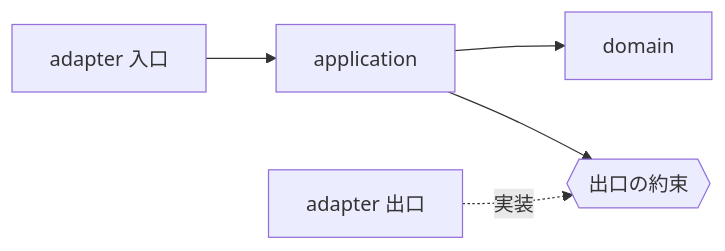
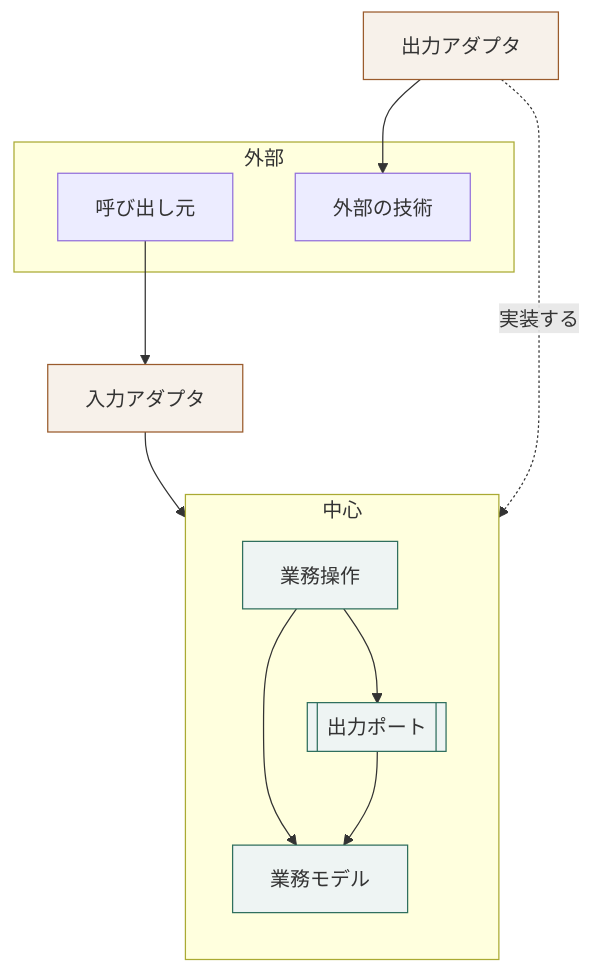
Before and after one commit to daidaiiro-519/waffle: the diagram in docs/coding-skills-draft/constraints/arch.hexagonal/layers.md, drawn with Mermaid. The commit also changed other lines of this file and 24 other files, not shown here.

````diff
--- a/docs/coding-skills-draft/constraints/arch.hexagonal/layers.md
+++ b/docs/coding-skills-draft/constraints/arch.hexagonal/layers.md
@@ -29,7 +40,28 @@
 ```mermaid
-flowchart LR
-    inbound[adapter 入口] --> app[application]
-    app --> domain[domain]
-    app --> port{{出口の約束}}
-    outbound[adapter 出口] -.実装.-> port
+flowchart TB
+    subgraph outside[外部]
+        caller[呼び出し元]
+        infra[外部の技術]
+    end
+    subgraph core[中心]
+        direction TB
+        app[業務操作]
+        model[業務モデル]
+        port[[出力ポート]]
+        app --> model
+        app --> port
+        port --> model
+    end
+    inbound[入力アダプタ]
+    outbound[出力アダプタ]
+
+    caller --> inbound
+    inbound --> app
+    outbound -. 実装する .-> port
+    outbound --> infra
+
+    classDef c fill:#eef4f3,stroke:#2f6f5e;
+    classDef o fill:#f7f1ea,stroke:#9a5b2c;
+    class app,model,port c
+    class inbound,outbound o
 ```
````
